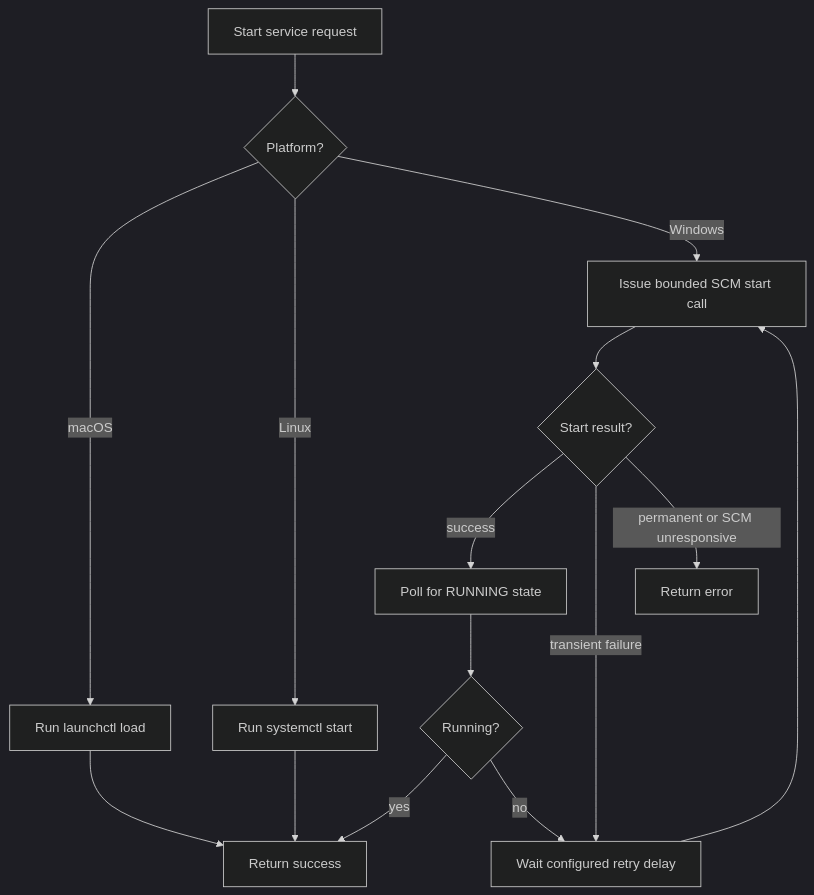
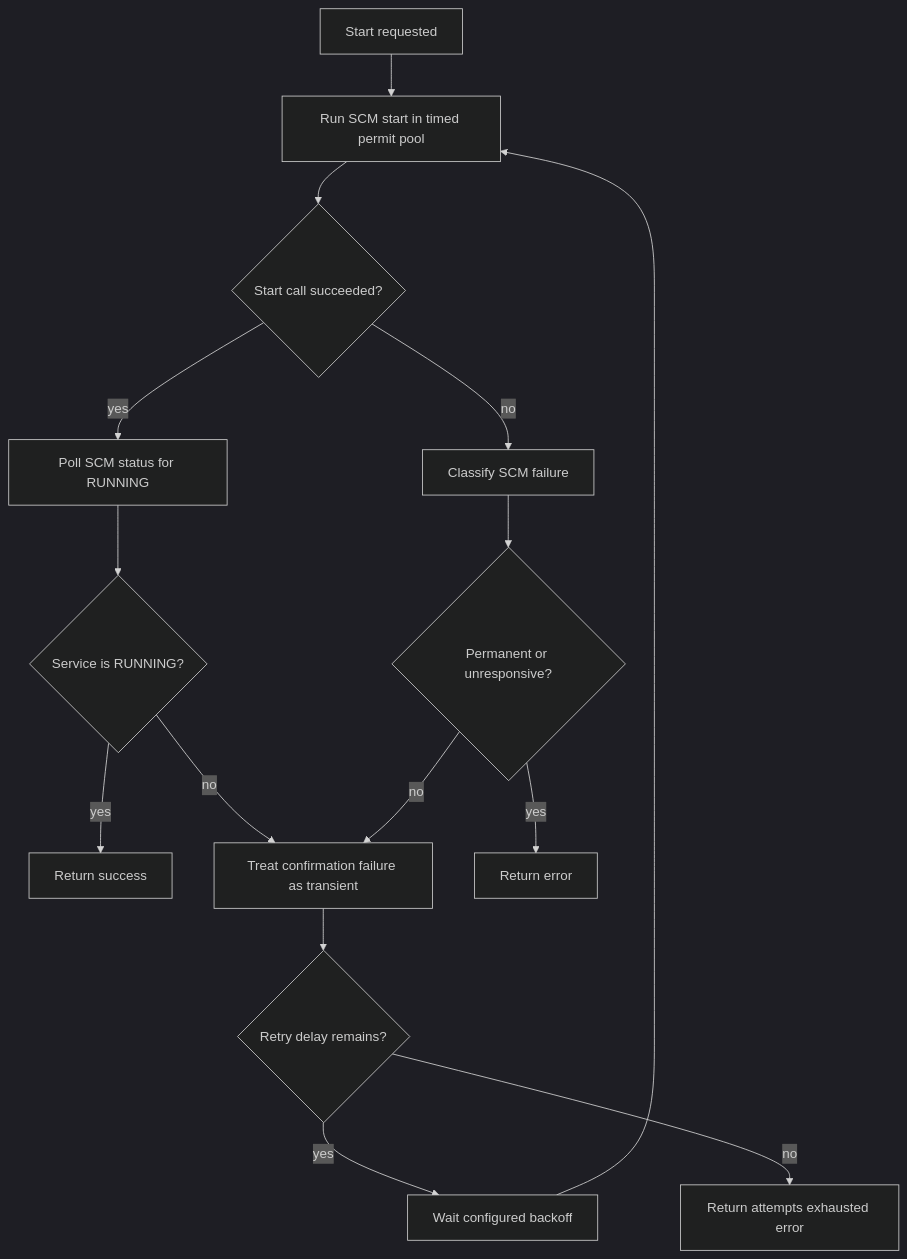
One commit to flamingo-stack/openframe-oss-tenant changed the second of 4 diagrams in docs/reference/architecture/openframe-client-core/platform-system-service/platform-system-service.md. Above: the diagram before and after it, drawn with Mermaid (dark theme). The commit also changed other lines of this file and 2377 other files, not shown here.

````diff
--- a/docs/reference/architecture/openframe-client-core/platform-system-service/platform-system-service.md
+++ b/docs/reference/architecture/openframe-client-core/platform-system-service/platform-system-service.md
@@ -63,17 +97,17 @@
 ```mermaid
 flowchart TD
-    Request["Start service request"] --> Platform{"Platform?"}
-    Platform -->|"macOS"| MacStart["Run launchctl load"]
-    Platform -->|"Linux"| LinuxStart["Run systemctl start"]
-    Platform -->|"Windows"| TimedStart["Issue bounded SCM start call"]
-    TimedStart --> StartResult{"Start result?"}
-    StartResult -->|"success"| PollRunning["Poll for RUNNING state"]
-    StartResult -->|"transient failure"| RetryDelay["Wait configured retry delay"]
-    RetryDelay --> TimedStart
-    StartResult -->|"permanent or SCM unresponsive"| StartError["Return error"]
-    PollRunning --> Running{"Running?"}
-    Running -->|"yes"| Started["Return success"]
-    Running -->|"no"| RetryDelay
-    MacStart --> Started
-    LinuxStart --> Started
+    Begin["Start requested"] --> Call["Run SCM start in timed permit pool"]
+    Call --> StartOk{"Start call succeeded?"}
+    StartOk -->|"yes"| Poll["Poll SCM status for RUNNING"]
+    StartOk -->|"no"| Classify["Classify SCM failure"]
+    Poll --> Running{"Service is RUNNING?"}
+    Running -->|"yes"| Success["Return success"]
+    Running -->|"no"| Retryable["Treat confirmation failure as transient"]
+    Classify --> Permanent{"Permanent or unresponsive?"}
+    Permanent -->|"yes"| Failed["Return error"]
+    Permanent -->|"no"| Retryable
+    Retryable --> Delay{"Retry delay remains?"}
+    Delay -->|"yes"| Wait["Wait configured backoff"]
+    Wait --> Call
+    Delay -->|"no"| Exhausted["Return attempts exhausted error"]
 ```
````
